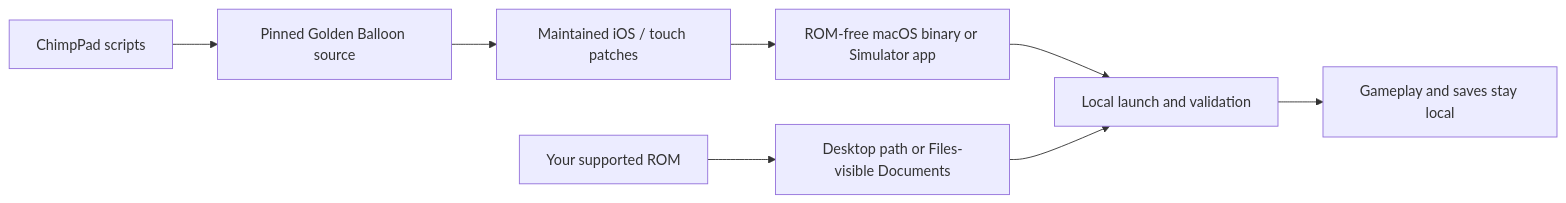
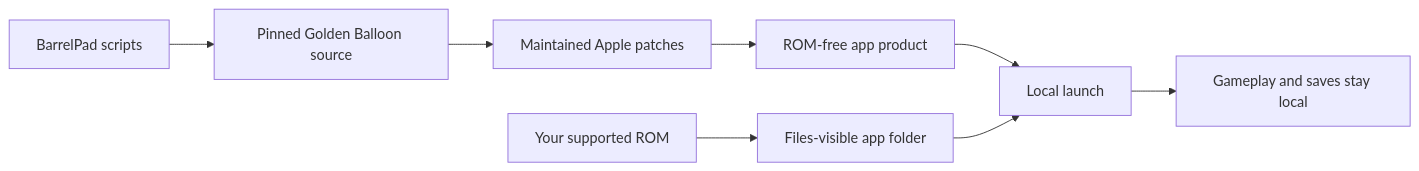
One commit to chrissotraidis/barrelpad changed the diagram in README.md. Above: the diagram before and after it, drawn with Mermaid. The commit also changed other lines of this file and 35 other files, not shown here.

Commit message:
Rename ChimpPad to BarrelPad

````diff
--- a/README.md
+++ b/README.md
@@ -231,10 +168,10 @@
 ```mermaid
 flowchart LR
-    A["ChimpPad scripts"] --> B["Pinned Golden Balloon source"]
-    B --> C["Maintained iOS / touch patches"]
-    C --> D["ROM-free macOS binary or Simulator app"]
-    E["Your supported ROM"] --> F["Desktop path or Files-visible Documents"]
-    D --> G["Local launch and validation"]
+    A["BarrelPad scripts"] --> B["Pinned Golden Balloon source"]
+    B --> C["Maintained Apple patches"]
+    C --> D["ROM-free app product"]
+    E["Your supported ROM"] --> F["Files-visible app folder"]
+    D --> G["Local launch"]
     F --> G
     G --> H["Gameplay and saves stay local"]
 ```
````
